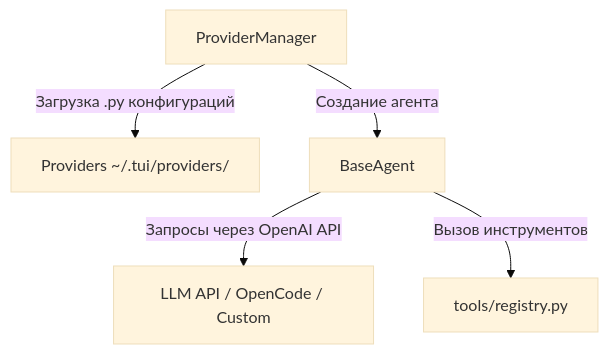
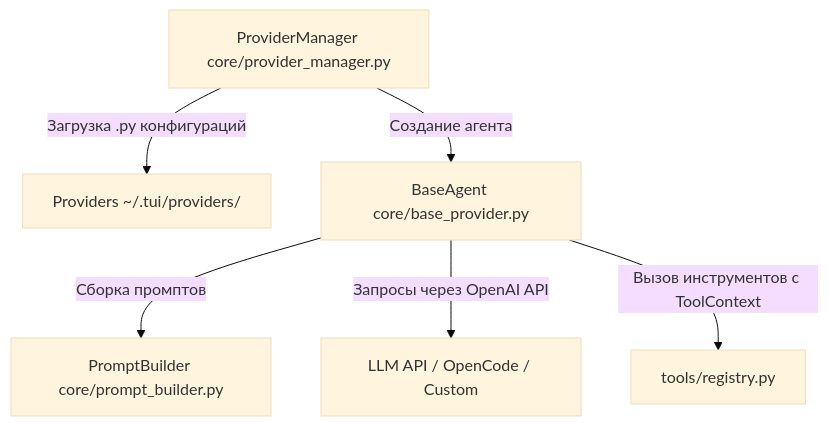
The diagram in AGENTS.md (p4ulbr4dl3y/johnston), drawn with Mermaid (base theme) before and after one commit. The commit also changed other lines of this file, not shown here.

Commit message:
docs: update AGENTS.md to reflect core package, ToolContext, and tests setup

````diff
--- a/AGENTS.md
+++ b/AGENTS.md
@@ -9,7 +9,8 @@
 ```mermaid
 graph TD
-    PM[ProviderManager] -->|Загрузка .py конфигураций| P[Providers ~/.tui/providers/]
-    PM -->|Создание агента| Agent[BaseAgent]
+    PM[ProviderManager core/provider_manager.py] -->|Загрузка .py конфигураций| P[Providers ~/.tui/providers/]
+    PM -->|Создание агента| Agent[BaseAgent core/base_provider.py]
+    Agent -->|Сборка промптов| PB[PromptBuilder core/prompt_builder.py]
     Agent -->|Запросы через OpenAI API| LLM[LLM API / OpenCode / Custom]
-    Agent -->|Вызов инструментов| Tools[tools/registry.py]
+    Agent -->|Вызов инструментов с ToolContext| Tools[tools/registry.py]
 ```
````
